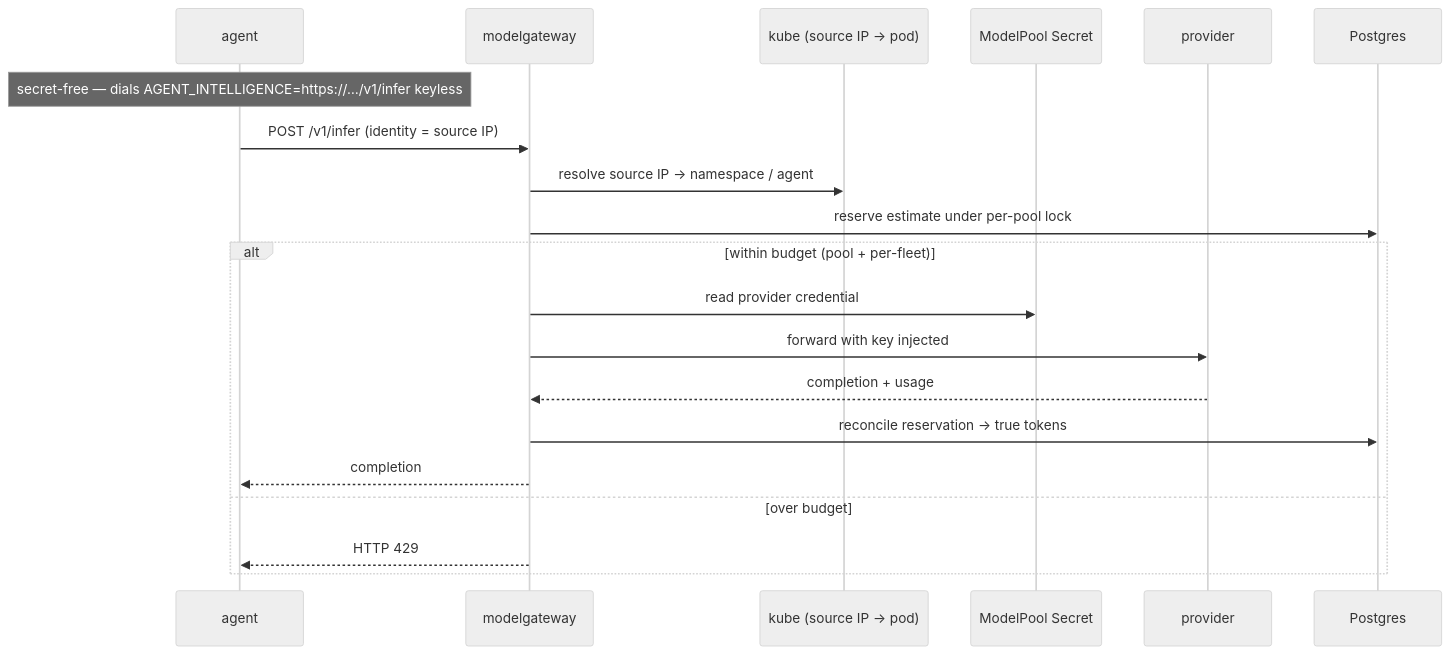
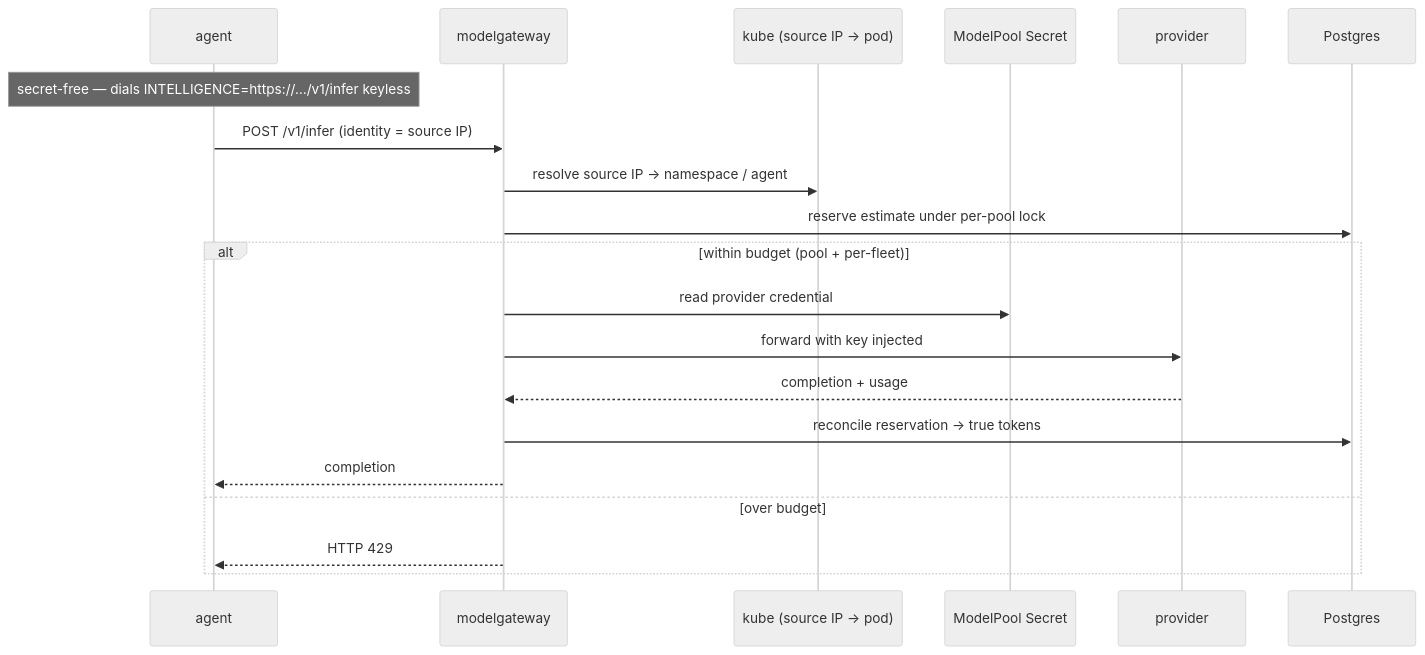
One commit to AgentCTL-dev/source-code changed the fourth of 8 diagrams in docs/architecture.md. Above: the diagram before and after it, drawn with Mermaid (neutral theme). The commit also changed other lines of this file and 13 other files, not shown here.

First line of the commit message:
refactor: rename the intelligence-endpoint env var AGENT_INTELLIGENCE -> INTELLIGENCE

````diff
--- a/docs/architecture.md
+++ b/docs/architecture.md
@@ -460,22 +460,22 @@
 ```mermaid
 sequenceDiagram
   participant AG as agent
   participant MG as modelgateway
   participant KW as kube (source IP → pod)
   participant SEC as ModelPool Secret
   participant P as provider
   participant DB as Postgres
-  Note over AG: secret-free — dials AGENT_INTELLIGENCE=https://…/v1/infer keyless
+  Note over AG: secret-free — dials INTELLIGENCE=https://…/v1/infer keyless
   AG->>MG: POST /v1/infer (identity = source IP)
   MG->>KW: resolve source IP → namespace / agent
   MG->>DB: reserve estimate under per-pool lock
   alt within budget (pool + per-fleet)
     MG->>SEC: read provider credential
     MG->>P: forward with key injected
     P-->>MG: completion + usage
     MG->>DB: reconcile reservation → true tokens
     MG-->>AG: completion
   else over budget
     MG-->>AG: HTTP 429
   end
 ```
````
